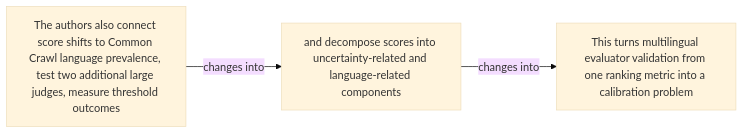
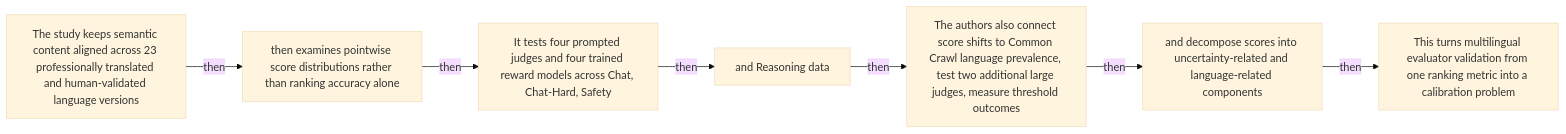
The tenth of 48 diagrams in docs/visual-manifests/VISUAL_MANIFEST_LLM_EVALUATORS_LANGUAGES.md (Betancourt1/paper_atlas), drawn with Mermaid (base theme) before and after one commit. The commit also changed other lines of this file and 7 other files, not shown here.

````diff
--- a/docs/visual-manifests/VISUAL_MANIFEST_LLM_EVALUATORS_LANGUAGES.md
+++ b/docs/visual-manifests/VISUAL_MANIFEST_LLM_EVALUATORS_LANGUAGES.md
@@ -783,8 +828,16 @@
 ```mermaid
 flowchart LR
-  n1["The authors also connect score shifts to Common Crawl language prevalence, test two additional large judges, measure threshold outcomes"]
-  n2["and decompose scores into uncertainty-related and language-related components"]
-  n3["This turns multilingual evaluator validation from one ranking metric into a calibration problem"]
-  n1 -->|"changes into"| n2
-  n2 -->|"changes into"| n3
+  n1["The study keeps semantic content aligned across 23 professionally translated and human-validated language versions"]
+  n2["then examines pointwise score distributions rather than ranking accuracy alone"]
+  n3["It tests four prompted judges and four trained reward models across Chat, Chat-Hard, Safety"]
+  n4["and Reasoning data"]
+  n5["The authors also connect score shifts to Common Crawl language prevalence, test two additional large judges, measure threshold outcomes"]
+  n6["and decompose scores into uncertainty-related and language-related components"]
+  n7["This turns multilingual evaluator validation from one ranking metric into a calibration problem"]
+  n1 -->|"then"| n2
+  n2 -->|"then"| n3
+  n3 -->|"then"| n4
+  n4 -->|"then"| n5
+  n5 -->|"then"| n6
+  n6 -->|"then"| n7
 ```
````
